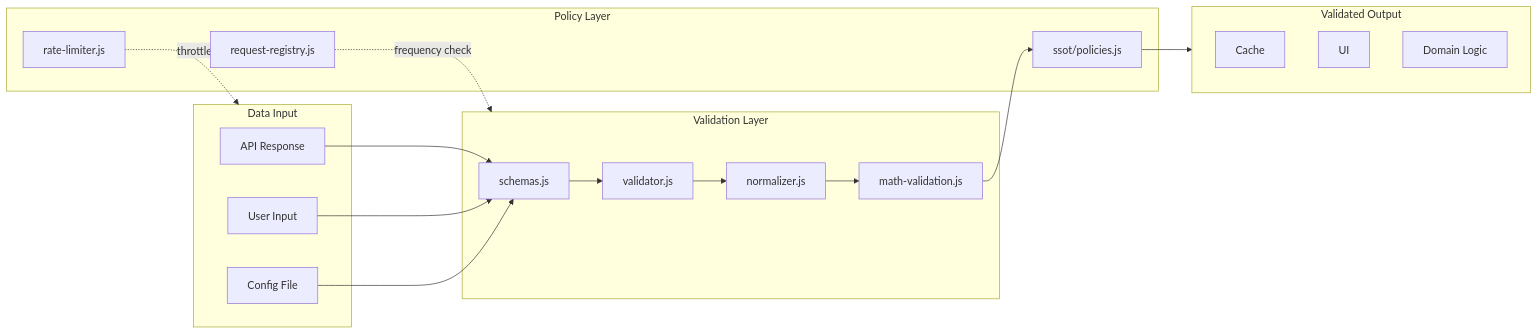
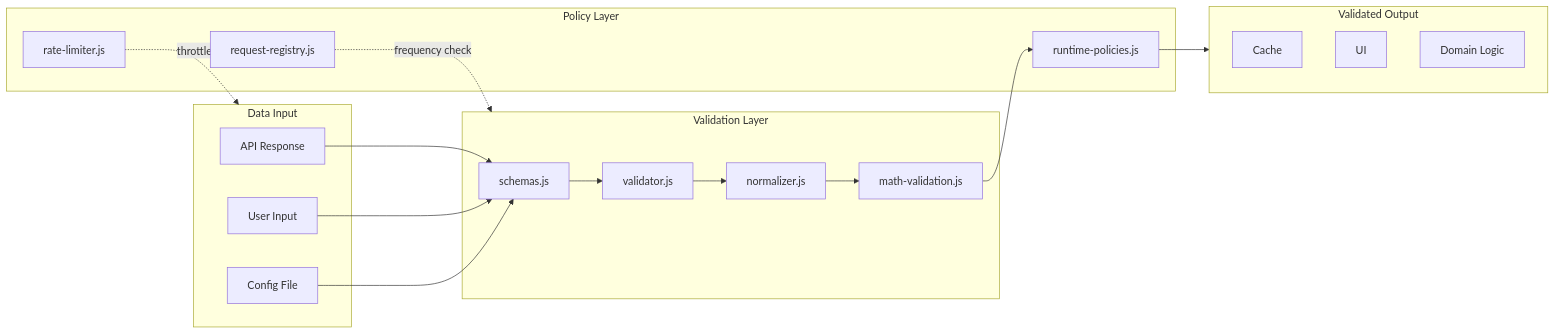
One commit to aoponomarev/mmb changed the diagram in docs/ais/ais-policies-schemas.md. Above: the diagram before and after it, drawn with Mermaid. The commit also changed other lines of this file and 19 other files, not shown here.

First line of the commit message:
Refactor SSOT policies and update documentation for runtime configuration

````diff
--- a/docs/ais/ais-policies-schemas.md
+++ b/docs/ais/ais-policies-schemas.md
@@ -62,38 +62,38 @@
 ```mermaid
 flowchart LR
     subgraph input ["Data Input"]
         apiResp["API Response"]
         userInput["User Input"]
         configFile["Config File"]
     end
 
     subgraph validation ["Validation Layer"]
         schemas["schemas.js"]
         validator["validator.js"]
         normalizer["normalizer.js"]
         mathValid["math-validation.js"]
     end
 
     subgraph policies ["Policy Layer"]
-        ssotPolicies["ssot/policies.js"]
+        ssotPolicies["runtime-policies.js"]
         reqRegistry["request-registry.js"]
         rateLimiter["rate-limiter.js"]
     end
 
     subgraph output ["Validated Output"]
         cacheStore["Cache"]
         uiRender["UI"]
         domainLogic["Domain Logic"]
     end
 
     apiResp --> schemas
     userInput --> schemas
     configFile --> schemas
     schemas --> validator
     validator --> normalizer
     normalizer --> mathValid
     mathValid --> ssotPolicies
     ssotPolicies --> output
     reqRegistry -.->|"frequency check"| validation
     rateLimiter -.->|"throttle"| input
 ```
````
